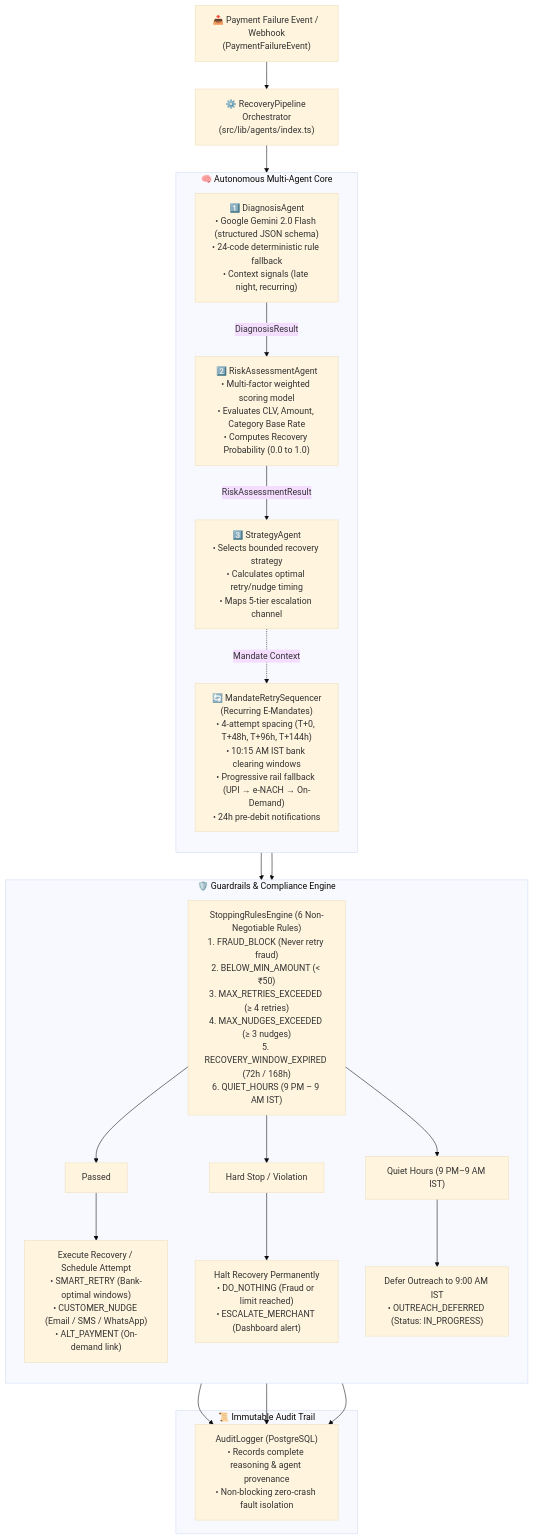
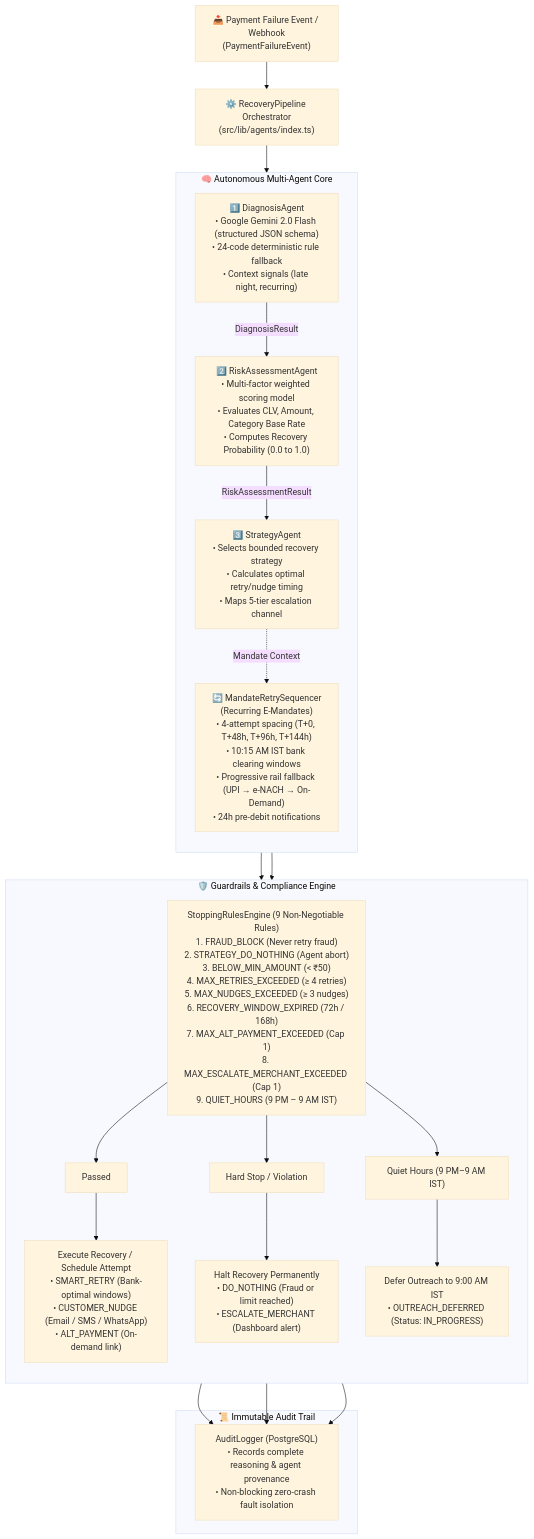
One commit to vishalkumar-ai25/revive-ai changed the diagram in README.md. Above: the diagram before and after it, drawn with Mermaid (base theme). The commit also changed other lines of this file and 1 other file, not shown here.

Commit message:
Remove dead DO_NOTHING block, update README setup and diagram rules

````diff
--- a/README.md
+++ b/README.md
@@ -32,52 +32,52 @@
 ```mermaid
 flowchart TD
     WH["📥 Payment Failure Event / Webhook<br/>(PaymentFailureEvent)"] --> ORCH["⚙️ RecoveryPipeline Orchestrator<br/>(src/lib/agents/index.ts)"]
 
     subgraph MultiAgentCore["🧠 Autonomous Multi-Agent Core"]
         direction TB
         
         A1["1️⃣ DiagnosisAgent<br/>• Google Gemini 2.0 Flash (structured JSON schema)<br/>• 24-code deterministic rule fallback<br/>• Context signals (late night, recurring)"]
         
         A2["2️⃣ RiskAssessmentAgent<br/>• Multi-factor weighted scoring model<br/>• Evaluates CLV, Amount, Category Base Rate<br/>• Computes Recovery Probability (0.0 to 1.0)"]
         
         A3["3️⃣ StrategyAgent<br/>• Selects bounded recovery strategy<br/>• Calculates optimal retry/nudge timing<br/>• Maps 5-tier escalation channel"]
 
         A4["🔄 MandateRetrySequencer<br/>(Recurring E-Mandates)<br/>• 4-attempt spacing (T+0, T+48h, T+96h, T+144h)<br/>• 10:15 AM IST bank clearing windows<br/>• Progressive rail fallback (UPI → e-NACH → On-Demand)<br/>• 24h pre-debit notifications"]
 
         A1 -->|DiagnosisResult| A2
         A2 -->|RiskAssessmentResult| A3
         A3 -.->|Mandate Context| A4
     end
 
     ORCH --> A1
 
     subgraph Guardrails["🛡️ Guardrails & Compliance Engine"]
         direction TB
-        SRE["StoppingRulesEngine (6 Non-Negotiable Rules)<br/>1. FRAUD_BLOCK (Never retry fraud)<br/>2. BELOW_MIN_AMOUNT (< ₹50)<br/>3. MAX_RETRIES_EXCEEDED (≥ 4 retries)<br/>4. MAX_NUDGES_EXCEEDED (≥ 3 nudges)<br/>5. RECOVERY_WINDOW_EXPIRED (72h / 168h)<br/>6. QUIET_HOURS (9 PM – 9 AM IST)"]
+        SRE["StoppingRulesEngine (9 Non-Negotiable Rules)<br/>1. FRAUD_BLOCK (Never retry fraud)<br/>2. STRATEGY_DO_NOTHING (Agent abort)<br/>3. BELOW_MIN_AMOUNT (< ₹50)<br/>4. MAX_RETRIES_EXCEEDED (≥ 4 retries)<br/>5. MAX_NUDGES_EXCEEDED (≥ 3 nudges)<br/>6. RECOVERY_WINDOW_EXPIRED (72h / 168h)<br/>7. MAX_ALT_PAYMENT_EXCEEDED (Cap 1)<br/>8. MAX_ESCALATE_MERCHANT_EXCEEDED (Cap 1)<br/>9. QUIET_HOURS (9 PM – 9 AM IST)"]
         
         P1["Passed"]
         P2["Hard Stop / Violation"]
         P3["Quiet Hours (9 PM–9 AM IST)"]
         
         SRE --> P1 & P2 & P3
         
         ACT_EXEC["Execute Recovery / Schedule Attempt<br/>• SMART_RETRY (Bank-optimal windows)<br/>• CUSTOMER_NUDGE (Email / SMS / WhatsApp)<br/>• ALT_PAYMENT (On-demand link)"]
         ACT_HALT["Halt Recovery Permanently<br/>• DO_NOTHING (Fraud or limit reached)<br/>• ESCALATE_MERCHANT (Dashboard alert)"]
         ACT_DEFER["Defer Outreach to 9:00 AM IST<br/>• OUTREACH_DEFERRED (Status: IN_PROGRESS)"]
         
         P1 --> ACT_EXEC
         P2 --> ACT_HALT
         P3 --> ACT_DEFER
     end
 
     A3 --> SRE
     A4 --> SRE
 
     subgraph Provenance["📜 Immutable Audit Trail"]
         AUDIT["AuditLogger (PostgreSQL)<br/>• Records complete reasoning & agent provenance<br/>• Non-blocking zero-crash fault isolation"]
     end
 
     ACT_EXEC --> AUDIT
     ACT_HALT --> AUDIT
     ACT_DEFER --> AUDIT
 ```
````
